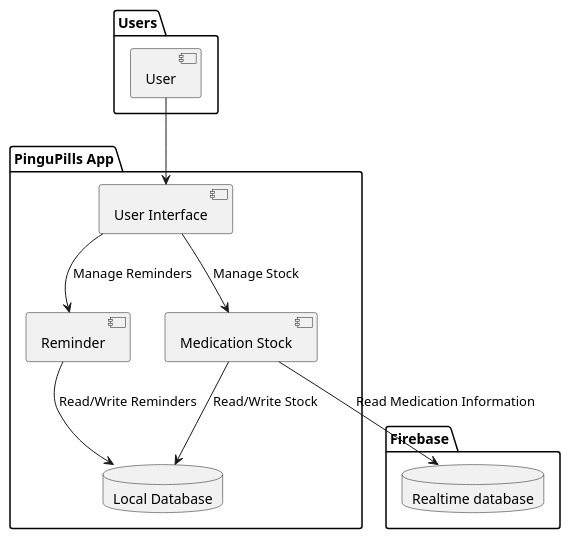
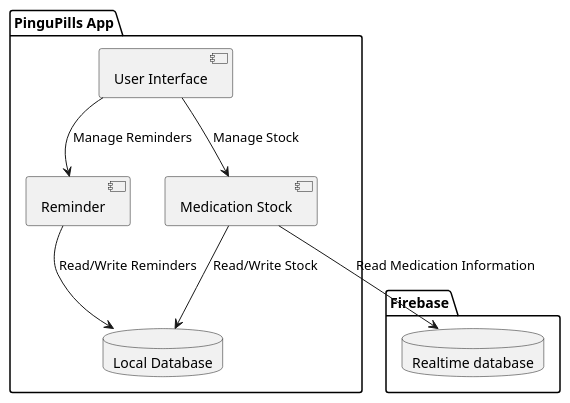
The diagram in assets/diagrams/logical/logical_architecture.wsd (YZ1GO/L.EIC017_ES_PRJ), drawn with PlantUML before and after one commit. The commit also changed 5 other files, not shown here.

Commit message:
changed 3 diagrams

```diff
--- a/assets/diagrams/logical/logical_architecture.wsd
+++ b/assets/diagrams/logical/logical_architecture.wsd
@@ -1,27 +1,21 @@
-@startuml
-
-package "Users"{
-    [User]
-}
+@startuml logical_architecture
 
 package "PinguPills App" {
     [User Interface] as UI
     [Reminder] as Reminder
     [Medication Stock] as Stock
     
     database "Local Database" as LocalDB {
     }
 }
 package "Firebase" {
     database "Realtime database" as FirebaseDB {
-
     } 
 }
 
-User --> UI
 UI --> Reminder : Manage Reminders
 UI --> Stock : Manage Stock
 Reminder --> LocalDB : Read/Write Reminders
 Stock --> LocalDB : Read/Write Stock
 Stock --> FirebaseDB : Read Medication Information
 @enduml
```
